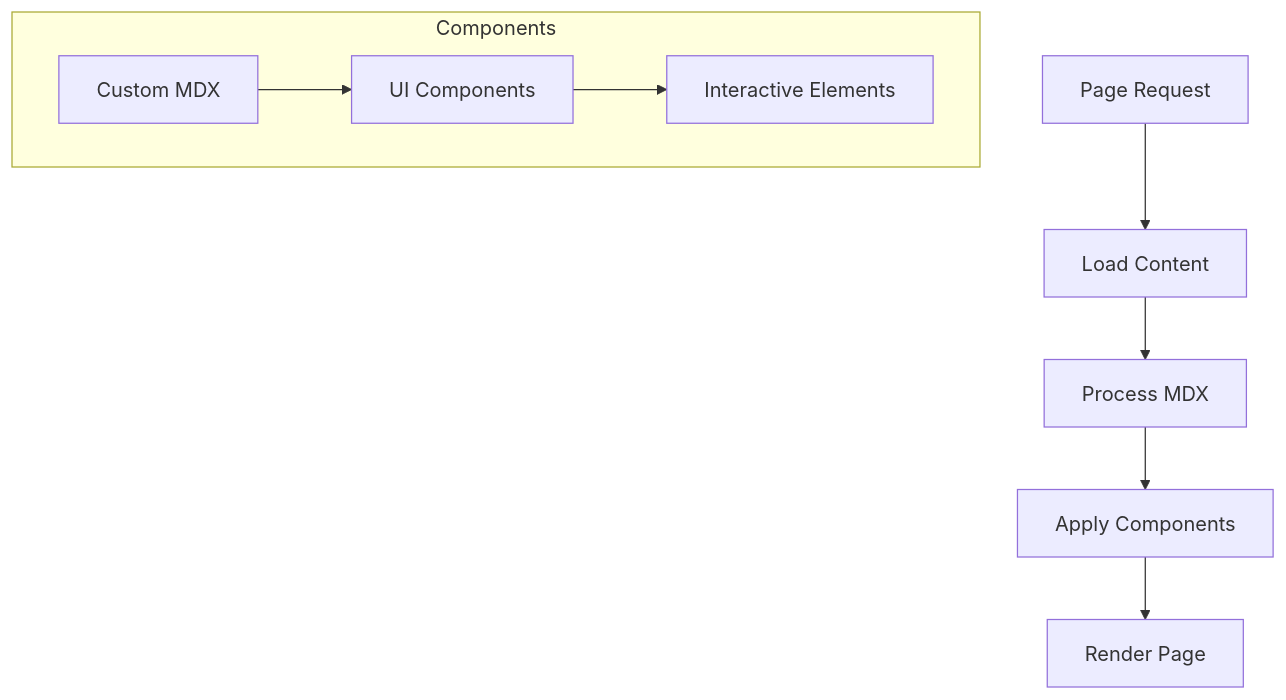
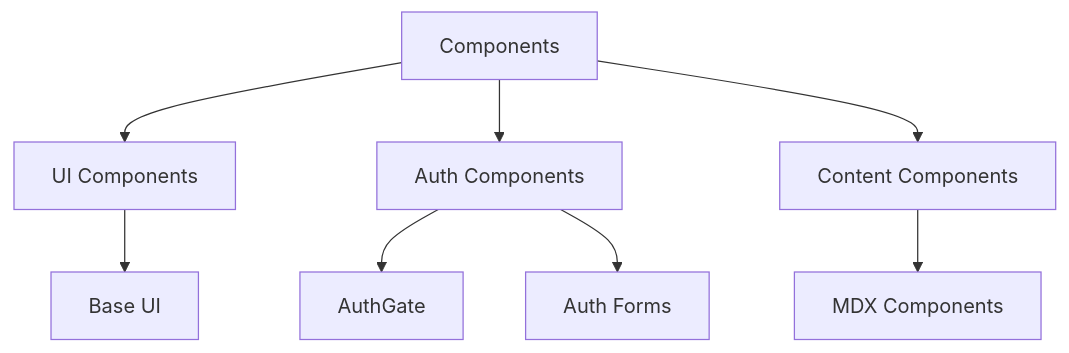
One commit to ddri/openqase changed the fourth of 5 diagrams in docs/technical-architecture.md. Above: the diagram before and after it, drawn with Mermaid. The commit also changed other lines of this file and 9 other files, not shown here.

````diff
--- a/docs/technical-architecture.md
+++ b/docs/technical-architecture.md
@@ -155,12 +119,11 @@
 ```mermaid
 graph TD
-    A[Page Request] --> B[Load Content]
-    B --> C[Process MDX]
-    C --> D[Apply Components]
-    D --> E[Render Page]
+    A[Components] --> B[UI Components]
+    A --> C[Auth Components]
+    A --> D[Content Components]
     
-    subgraph "Components"
-    F[Custom MDX] --> G[UI Components]
-    G --> H[Interactive Elements]
-    end
+    B --> E[Base UI]
+    C --> F[AuthGate]
+    C --> G[Auth Forms]
+    D --> H[MDX Components]
 ```
````
